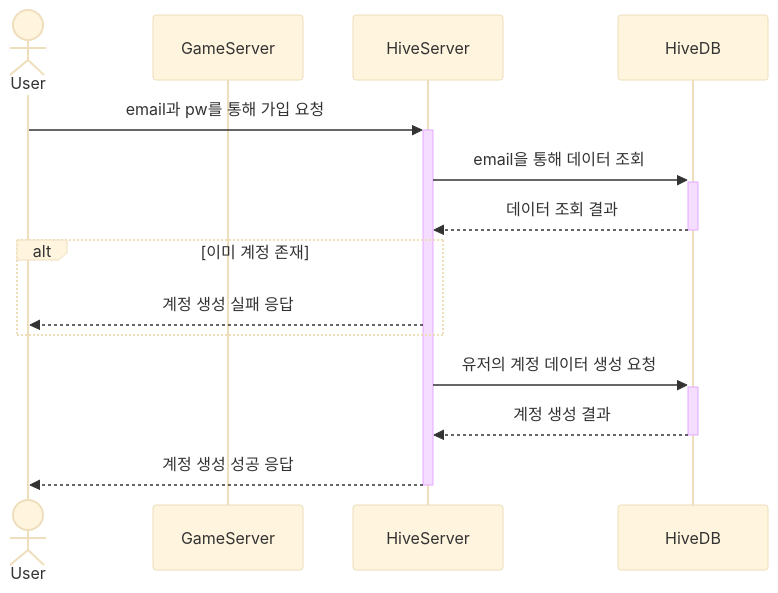
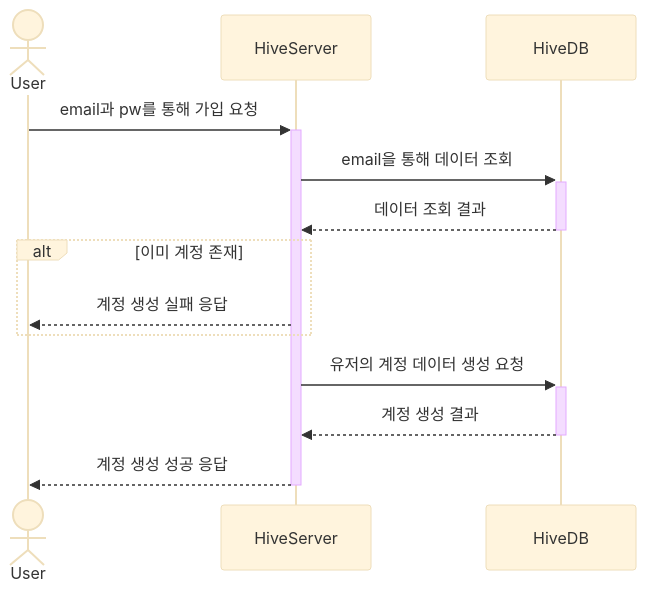
The second of 2 diagrams in SequenceDiagram.md (grace7040/Online-Omok-Server), drawn with Mermaid (base theme) before and after one commit.

Commit message:
Docs: Sequence Diagram 수정

````diff
--- a/SequenceDiagram.md
+++ b/SequenceDiagram.md
@@ -25,17 +25,16 @@
 ```mermaid
 sequenceDiagram
     actor User
-    participant GameServer
     participant HiveServer
     participant HiveDB
 
     User->>+HiveServer: email과 pw를 통해 가입 요청
     HiveServer->>+HiveDB: email을 통해 데이터 조회
     HiveDB-->>-HiveServer: 데이터 조회 결과
     alt 이미 계정 존재
         HiveServer-->>User: 계정 생성 실패 응답
     end
     HiveServer->>+HiveDB: 유저의 계정 데이터 생성 요청
     HiveDB-->>-HiveServer: 계정 생성 결과
     HiveServer-->>-User: 계정 생성 성공 응답
 ```
````
